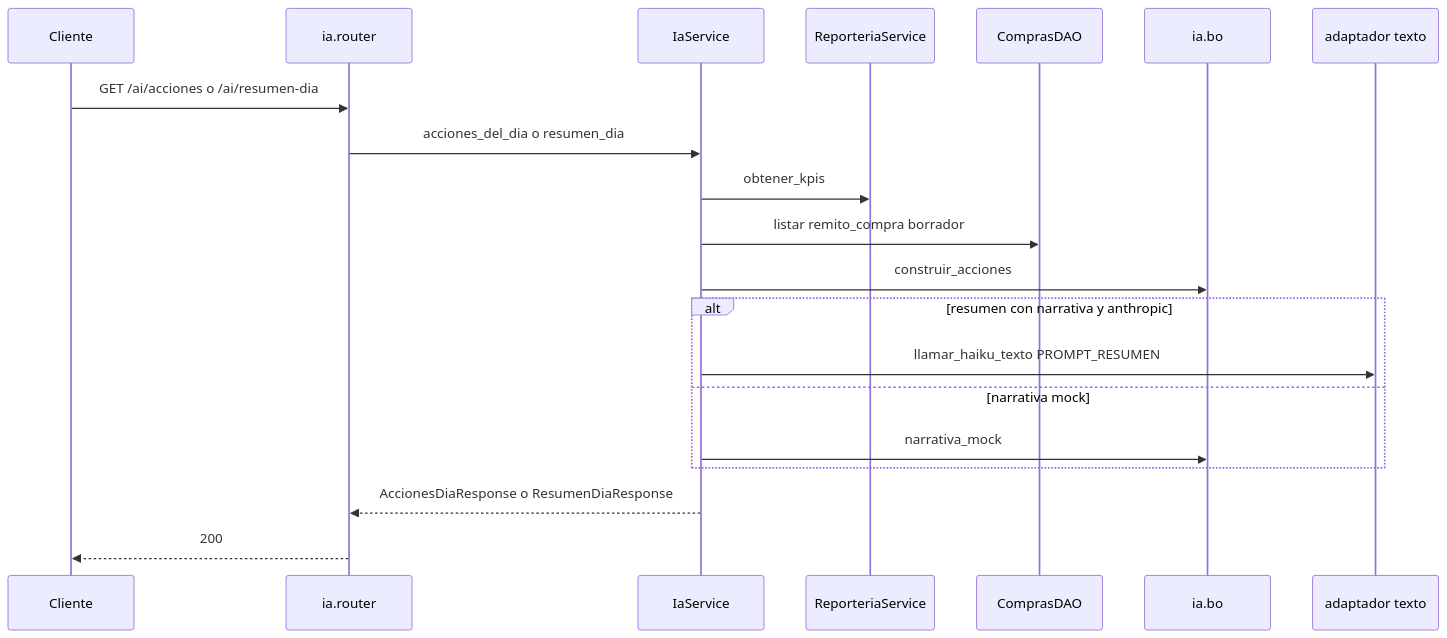
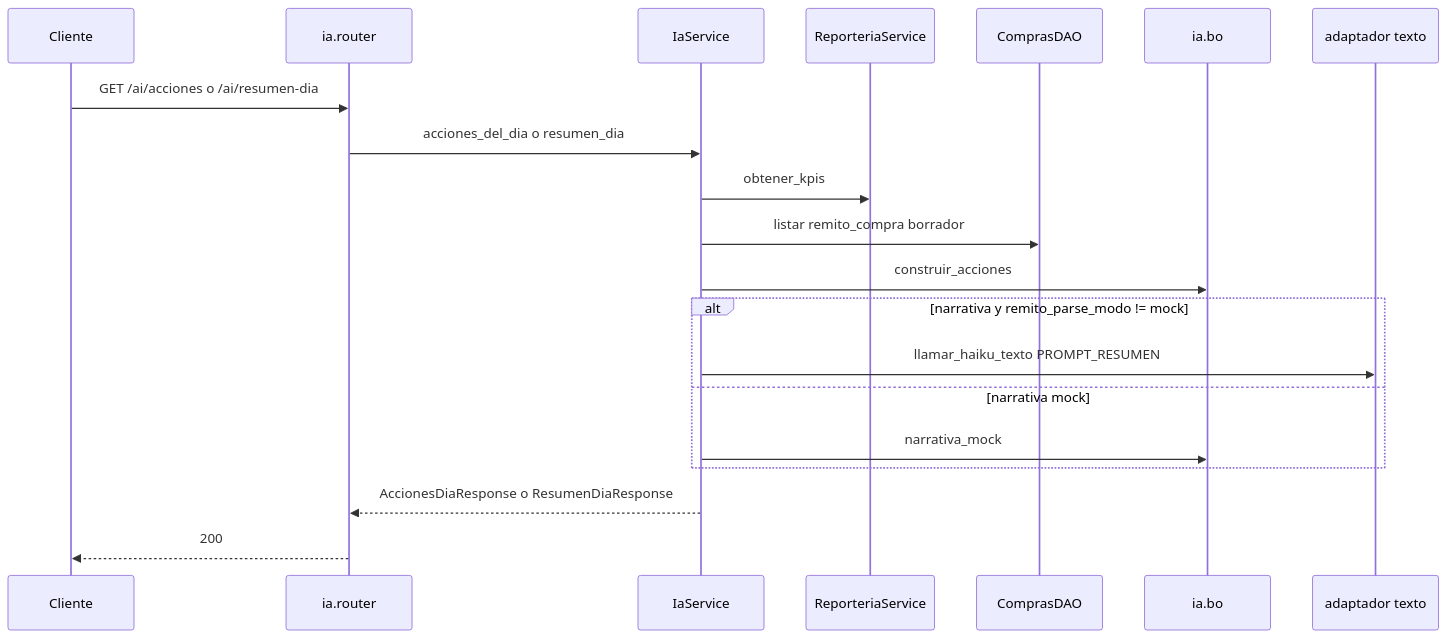
One commit to estsan3/ventas360-api changed the second of 3 diagrams in docs/diagramas/ia.md. Above: the diagram before and after it, drawn with Mermaid. The commit also changed other lines of this file and 16 other files, not shown here.

Commit message:
docs: diagramas de secuencia por módulo (sync 2026-09-10)

````diff
--- a/docs/diagramas/ia.md
+++ b/docs/diagramas/ia.md
@@ -44,23 +44,23 @@
 ```mermaid
 sequenceDiagram
     participant Cliente
     participant Router as ia.router
     participant Service as IaService
     participant Reporteria as ReporteriaService
     participant Compras as ComprasDAO
     participant BO as ia.bo
     participant LLM as adaptador texto
 
     Cliente->>Router: GET /ai/acciones o /ai/resumen-dia
     Router->>Service: acciones_del_dia o resumen_dia
     Service->>Reporteria: obtener_kpis
     Service->>Compras: listar remito_compra borrador
     Service->>BO: construir_acciones
-    alt resumen con narrativa y anthropic
+    alt narrativa y remito_parse_modo != mock
         Service->>LLM: llamar_haiku_texto PROMPT_RESUMEN
     else narrativa mock
         Service->>BO: narrativa_mock
     end
     Service-->>Router: AccionesDiaResponse o ResumenDiaResponse
     Router-->>Cliente: 200
 ```
````
